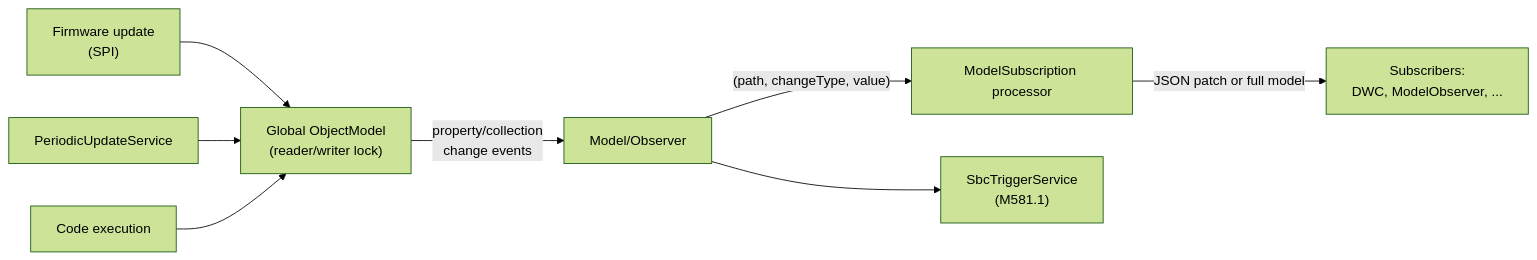
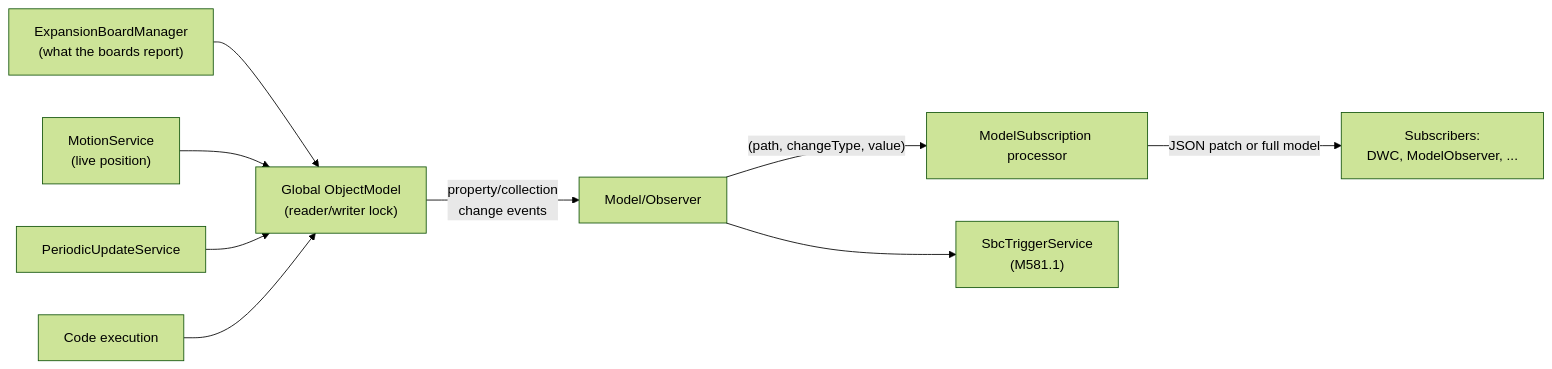
One commit to Duet3D/DuetSoftwareFramework changed the diagram in src/Documentation/articles/object-model.md. Above: the diagram before and after it, drawn with Mermaid (forest theme). The commit also changed other lines of this file and 8 other files, not shown here.

````diff
--- a/src/Documentation/articles/object-model.md
+++ b/src/Documentation/articles/object-model.md
@@ -102,11 +115,12 @@
 ```mermaid
 flowchart LR
-    FW["Firmware update<br/>(SPI)"] --> MODEL
+    BOARDS["ExpansionBoardManager<br/>(what the boards report)"] --> MODEL
+    MOTION["MotionService<br/>(live position)"] --> MODEL
     PERIODIC["PeriodicUpdateService"] --> MODEL
     CODE["Code execution"] --> MODEL
 
     MODEL["Global ObjectModel<br/>(reader/writer lock)"] -->|"property/collection<br/>change events"| OBS["Model/Observer"]
     OBS -->|"(path, changeType, value)"| SUB["ModelSubscription processor"]
     SUB -->|"JSON patch or full model"| CLIENTS["Subscribers:<br/>DWC, ModelObserver, ..."]
     OBS --> TRIG["SbcTriggerService<br/>(M581.1)"]
 ```
````
